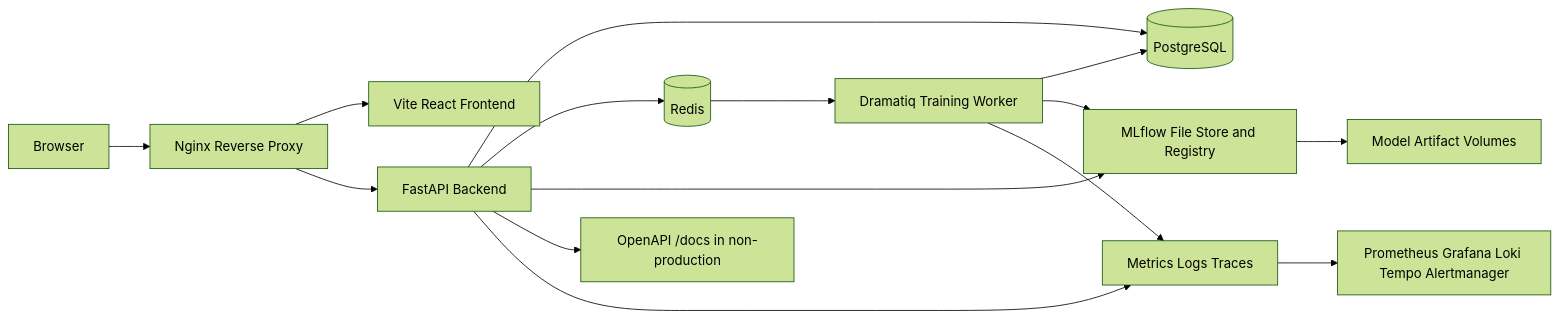
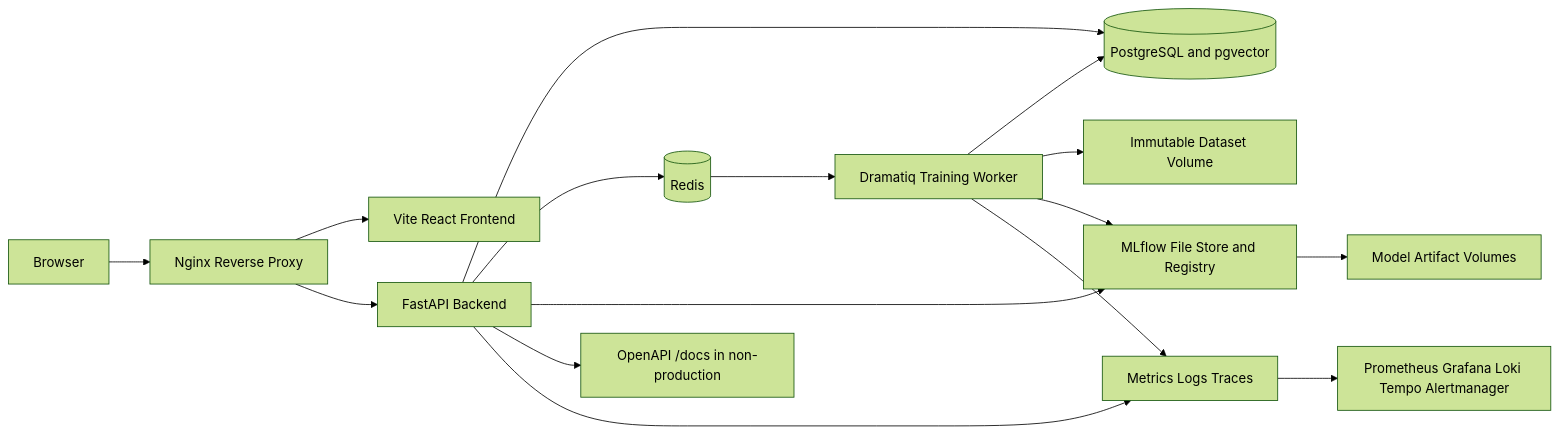
One commit to fariskishtah/enterprise-ai-platform changed the first of 11 diagrams in docs/architecture.md. Above: the diagram before and after it, drawn with Mermaid (forest theme). The commit also changed other lines of this file and 31 other files, not shown here.

````diff
--- a/docs/architecture.md
+++ b/docs/architecture.md
@@ -32,17 +36,18 @@
 ```mermaid
 flowchart LR
     Browser[Browser] --> Proxy[Nginx Reverse Proxy]
     Proxy --> Frontend[Vite React Frontend]
     Proxy --> Backend[FastAPI Backend]
-    Backend --> Postgres[(PostgreSQL)]
+    Backend --> Postgres[(PostgreSQL and pgvector)]
     Backend --> Redis[(Redis)]
     Redis --> Worker[Dramatiq Training Worker]
     Worker --> Postgres
+    Worker --> DatasetObjects[Immutable Dataset Volume]
     Worker --> MLflow[MLflow File Store and Registry]
     MLflow --> Artifacts[Model Artifact Volumes]
     Backend --> MLflow
     Backend --> Docs[OpenAPI /docs in non-production]
     Backend --> Telemetry[Metrics Logs Traces]
     Worker --> Telemetry
     Telemetry --> Observability[Prometheus Grafana Loki Tempo Alertmanager]
 ```
````
